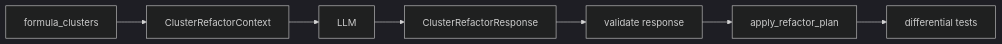
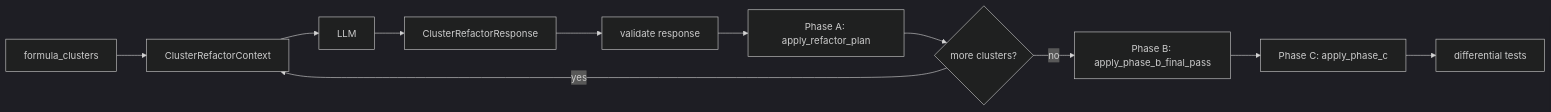
One commit to Teal-Insights/tiny-dsa-extraction-pipeline changed the diagram in docs/extraction-pipeline.qmd. Above: the diagram before and after it, drawn with Mermaid (dark theme). The commit also changed other lines of this file and 10 other files, not shown here.

````diff
--- a/docs/extraction-pipeline.qmd
+++ b/docs/extraction-pipeline.qmd
@@ -2228,9 +2229,13 @@
 ```{mermaid}
 flowchart LR
   A[formula_clusters] --> B[ClusterRefactorContext]
   B --> C[LLM]
   C --> D[ClusterRefactorResponse]
   D --> E[validate response]
-  E --> F[apply_refactor_plan]
-  F --> G[differential tests]
+  E --> F[Phase A: apply_refactor_plan]
+  F --> G{more clusters?}
+  G -->|yes| B
+  G -->|no| H[Phase B: apply_phase_b_final_pass]
+  H --> I[Phase C: apply_phase_c]
+  I --> J[differential tests]
 ```
````
